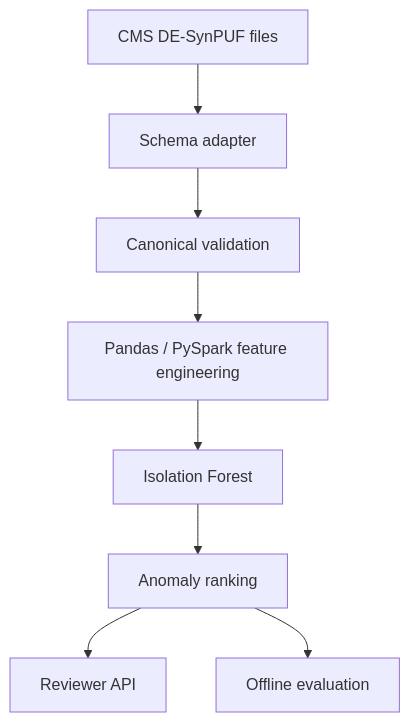
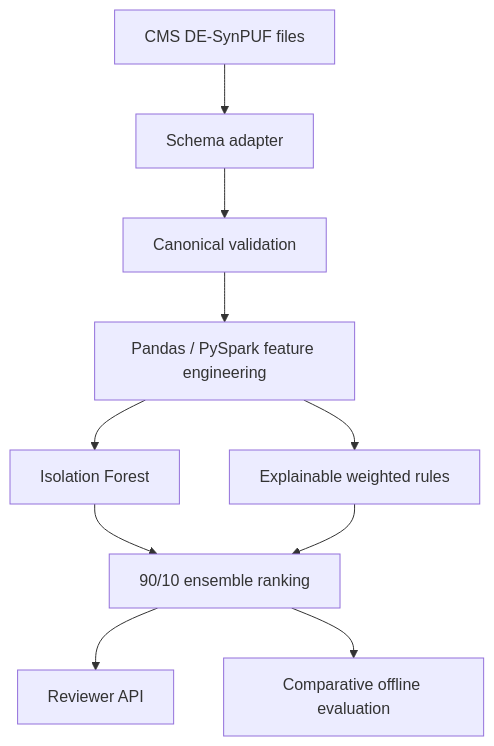
One commit to GowthamKondabolu/claim-guard changed the diagram in docs/architecture.md. Above: the diagram before and after it, drawn with Mermaid. The commit also changed other lines of this file and 3 other files, not shown here.

````diff
--- a/docs/architecture.md
+++ b/docs/architecture.md
@@ -37,10 +45,12 @@
 ```mermaid
 flowchart TD
     A["CMS DE-SynPUF files"] --> B["Schema adapter"]
     B --> C["Canonical validation"]
     C --> D["Pandas / PySpark feature engineering"]
     D --> E["Isolation Forest"]
-    E --> F["Anomaly ranking"]
-    F --> G["Reviewer API"]
-    F --> H["Offline evaluation"]
+    D --> F["Explainable weighted rules"]
+    E --> G["90/10 ensemble ranking"]
+    F --> G
+    G --> H["Reviewer API"]
+    G --> I["Comparative offline evaluation"]
 ```
````
